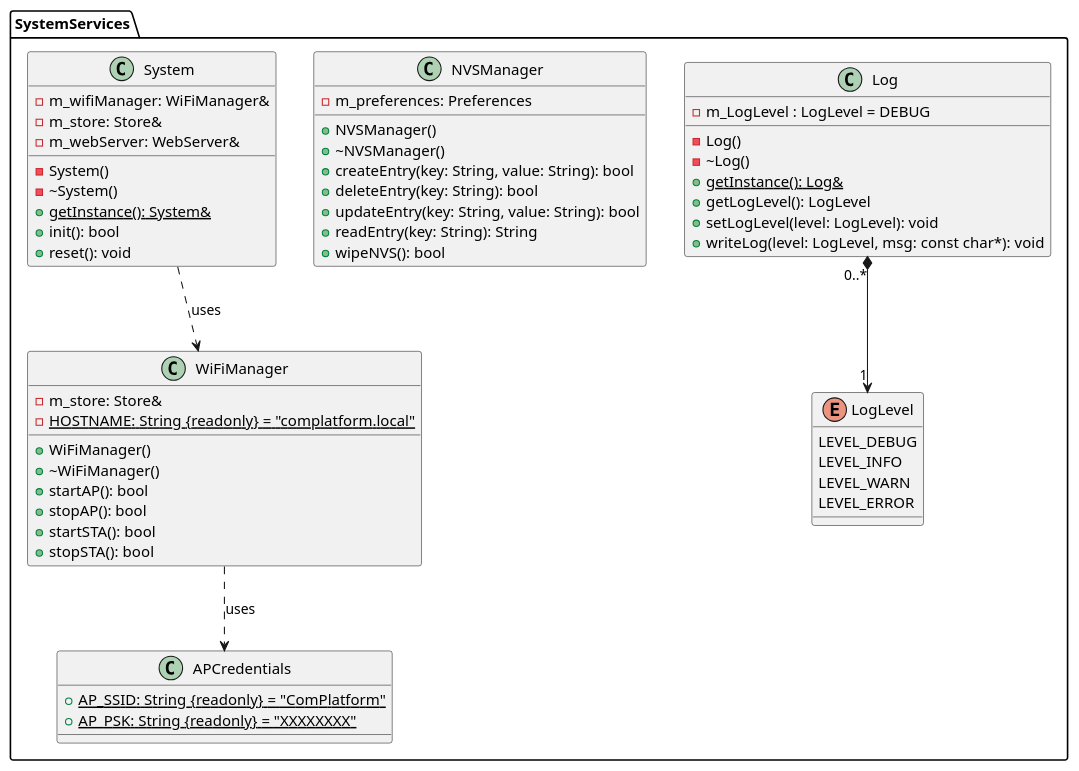
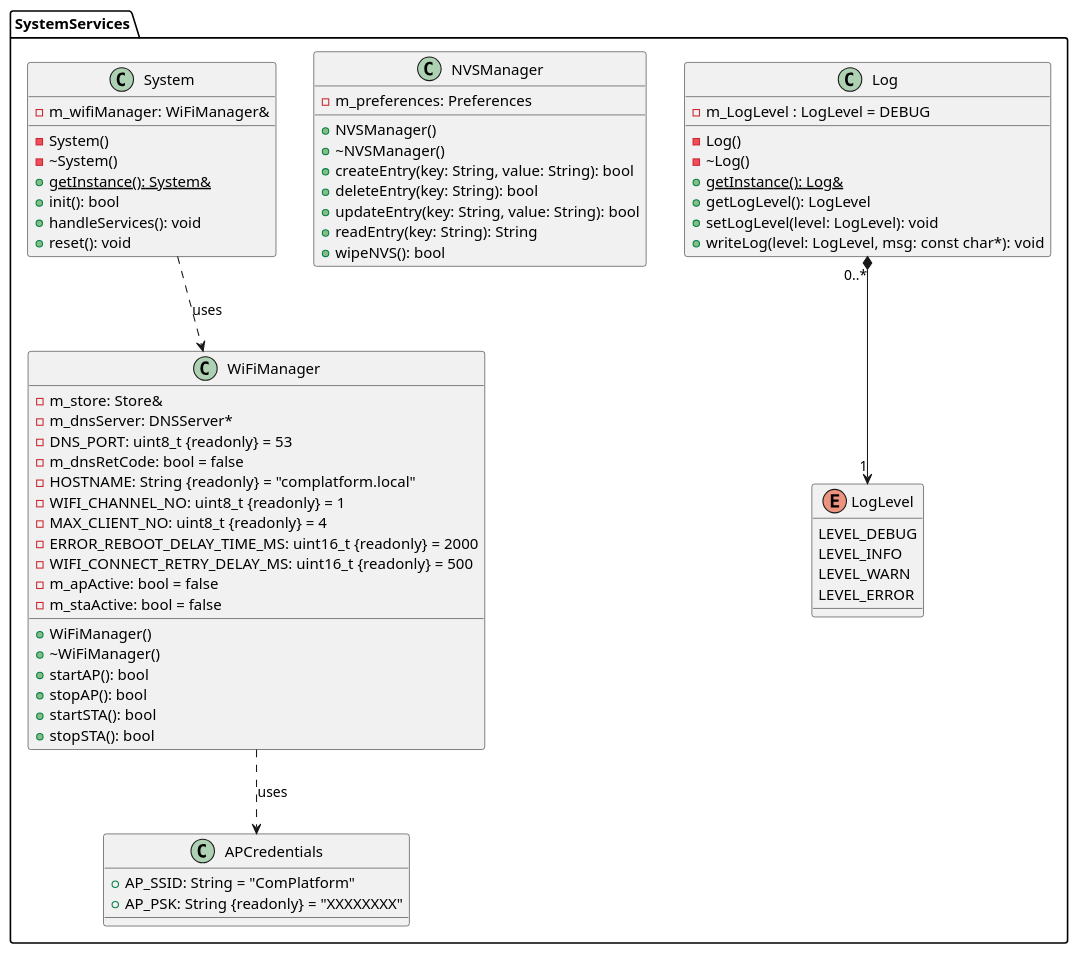
One commit to NewTec-GmbH/ZumoComSystem changed the diagram in doc/design/server/ClassDiagrams/05_SystemServices.plantuml. Above: the diagram before and after it, drawn with PlantUML. The commit also changed 1 other file, not shown here.

Commit message:
Update design diagrams

```diff
--- a/doc/design/server/ClassDiagrams/05_SystemServices.plantuml
+++ b/doc/design/server/ClassDiagrams/05_SystemServices.plantuml
@@ -1,69 +1,77 @@
 @startuml
 package SystemServices {
     enum LogLevel
     {
         LEVEL_DEBUG
         LEVEL_INFO
         LEVEL_WARN
         LEVEL_ERROR
     }
 
     class Log
     {
         - m_LogLevel : LogLevel = DEBUG
 
         - Log()
         - ~Log()
         {static} + getInstance(): Log&
         + getLogLevel(): LogLevel
         + setLogLevel(level: LogLevel): void
         + writeLog(level: LogLevel, msg: const char*): void
     }
     Log "0..*" *--> "1" LogLevel
 
     class NVSManager
     {
         - m_preferences: Preferences
 
         + NVSManager()
         + ~NVSManager()
         + createEntry(key: String, value: String): bool
         + deleteEntry(key: String): bool
         + updateEntry(key: String, value: String): bool
         + readEntry(key: String): String
         + wipeNVS(): bool
     }
 
     class APCredentials
     {
-        {static} + AP_SSID: String {readonly} = "ComPlatform"
-        {static} + AP_PSK: String {readonly} = "XXXXXXXX"
+        + AP_SSID: String = "ComPlatform"
+        + AP_PSK: String {readonly} = "XXXXXXXX"
     }
 
     class WiFiManager
     {
         - m_store: Store&
-        {static} - HOSTNAME: String {readonly} = "complatform.local"
+        - m_dnsServer: DNSServer*
+        - DNS_PORT: uint8_t {readonly} = 53
+        - m_dnsRetCode: bool = false
+        - HOSTNAME: String {readonly} = "complatform.local"
+        - WIFI_CHANNEL_NO: uint8_t {readonly} = 1
+        - MAX_CLIENT_NO: uint8_t {readonly} = 4
+        - ERROR_REBOOT_DELAY_TIME_MS: uint16_t {readonly} = 2000
+        - WIFI_CONNECT_RETRY_DELAY_MS: uint16_t {readonly} = 500
+        - m_apActive: bool = false
+        - m_staActive: bool = false
         + WiFiManager()
         + ~WiFiManager()
         + startAP(): bool
         + stopAP(): bool
         + startSTA(): bool
         + stopSTA(): bool
     }
     WiFiManager ..> APCredentials : uses
 
     class System
     {
         - m_wifiManager: WiFiManager&
-        - m_store: Store&
-        - m_webServer: WebServer&
         - System()
         - ~System()
         + {static} getInstance(): System&
         + init(): bool
+        + handleServices(): void
         + reset(): void
     }
     System ..> WiFiManager : uses
 }
 @enduml
```
